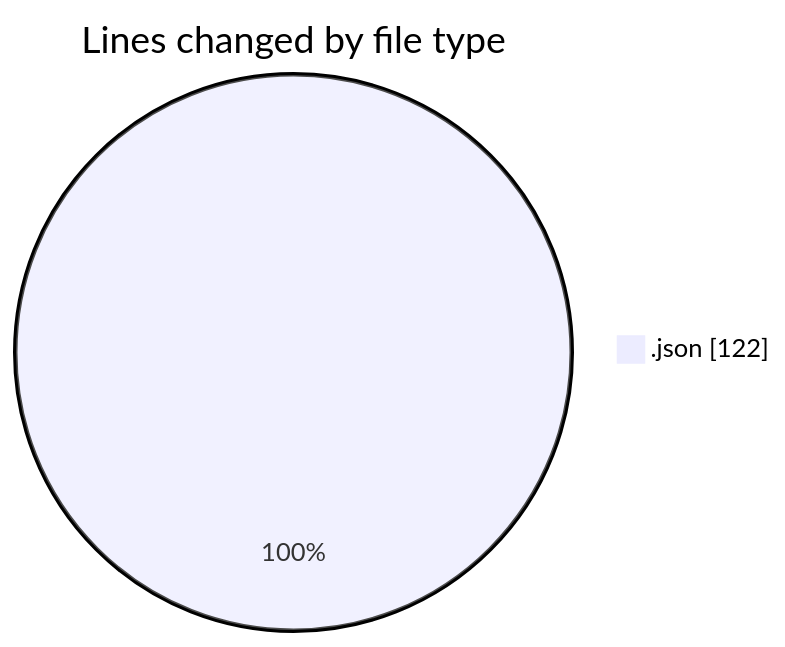
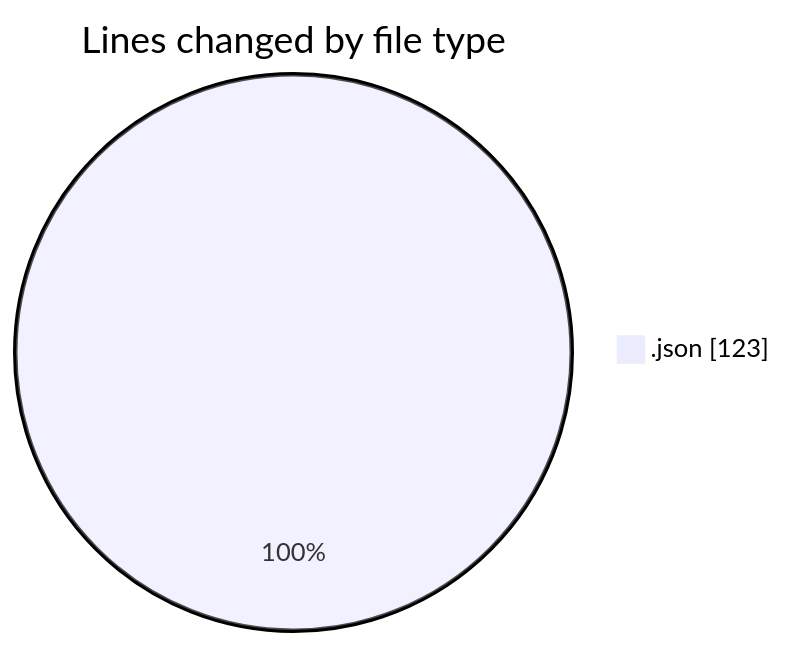
The first of 2 diagrams in 2025-11-12/eventscop-frontend-guide__workspace_/README.md (julien-gomy/code-tracking), drawn with Mermaid before and after one commit. The commit also changed other lines of this file and 1 other file, not shown here.

````diff
--- a/2025-11-12/eventscop-frontend-guide__workspace_/README.md
+++ b/2025-11-12/eventscop-frontend-guide__workspace_/README.md
@@ -21,5 +21,5 @@
 ```mermaid
 pie showData
 title Lines changed by file type
-".json" : 122
+".json" : 123
 ```
````
